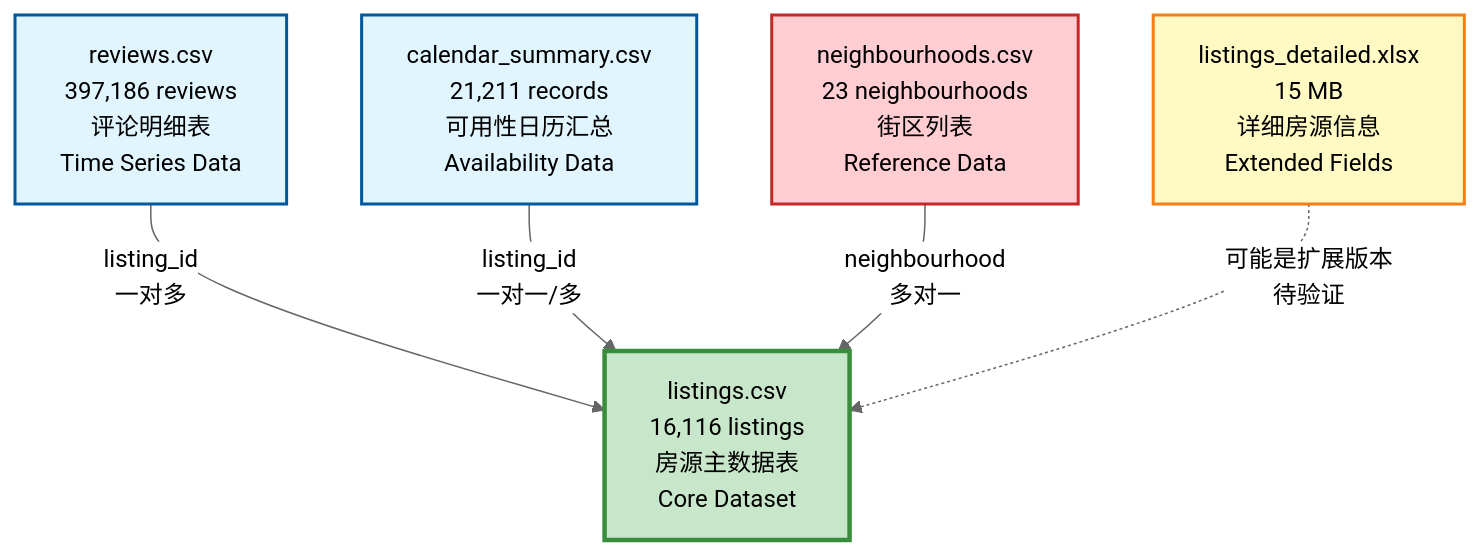
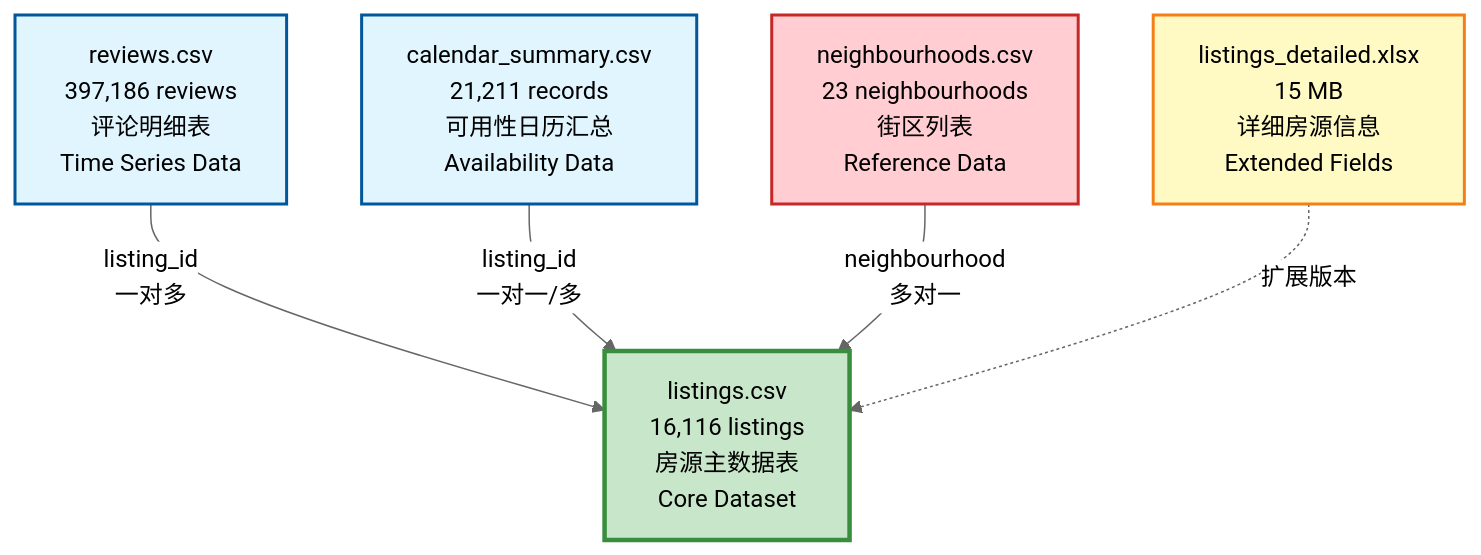
Before and after one commit to cccbbbaaaa/airbnb: the second of 2 diagrams in docs/EDA_Report_Outline.md, drawn with Mermaid (neutral theme). The commit also changed other lines of this file and 79 other files, not shown here.

````diff
--- a/docs/EDA_Report_Outline.md
+++ b/docs/EDA_Report_Outline.md
@@ -263,28 +263,28 @@
 ```mermaid
 graph TB
     %% Core Dataset
     Listings["listings.csv<br/>16,116 listings<br/>房源主数据表<br/>Core Dataset"]
   
     %% Related Datasets
     Reviews["reviews.csv<br/>397,186 reviews<br/>评论明细表<br/>Time Series Data"]
     Calendar["calendar_summary.csv<br/>21,211 records<br/>可用性日历汇总<br/>Availability Data"]
     Neighbourhoods["neighbourhoods.csv<br/>23 neighbourhoods<br/>街区列表<br/>Reference Data"]
     DetailedListings["listings_detailed.xlsx<br/>15 MB<br/>详细房源信息<br/>Extended Fields"]
   
     %% Relationships
     Reviews -->|listing_id<br/>一对多| Listings
     Calendar -->|listing_id<br/>一对一/多| Listings
     Neighbourhoods -->|neighbourhood<br/>多对一| Listings
-    DetailedListings -.->|可能是扩展版本<br/>待验证| Listings
+    DetailedListings -.->|扩展版本<br/>| Listings
   
     %% Styling
     classDef core fill:#c8e6c9,stroke:#388e3c,stroke-width:3px
     classDef analyzed fill:#e1f5ff,stroke:#01579b,stroke-width:2px
     classDef notAnalyzed fill:#ffcdd2,stroke:#c62828,stroke-width:2px
     classDef unknown fill:#fff9c4,stroke:#f57f17,stroke-width:2px
   
     class Listings core
     class Reviews,Calendar analyzed
     class Neighbourhoods notAnalyzed
     class DetailedListings unknown
 ```
````
